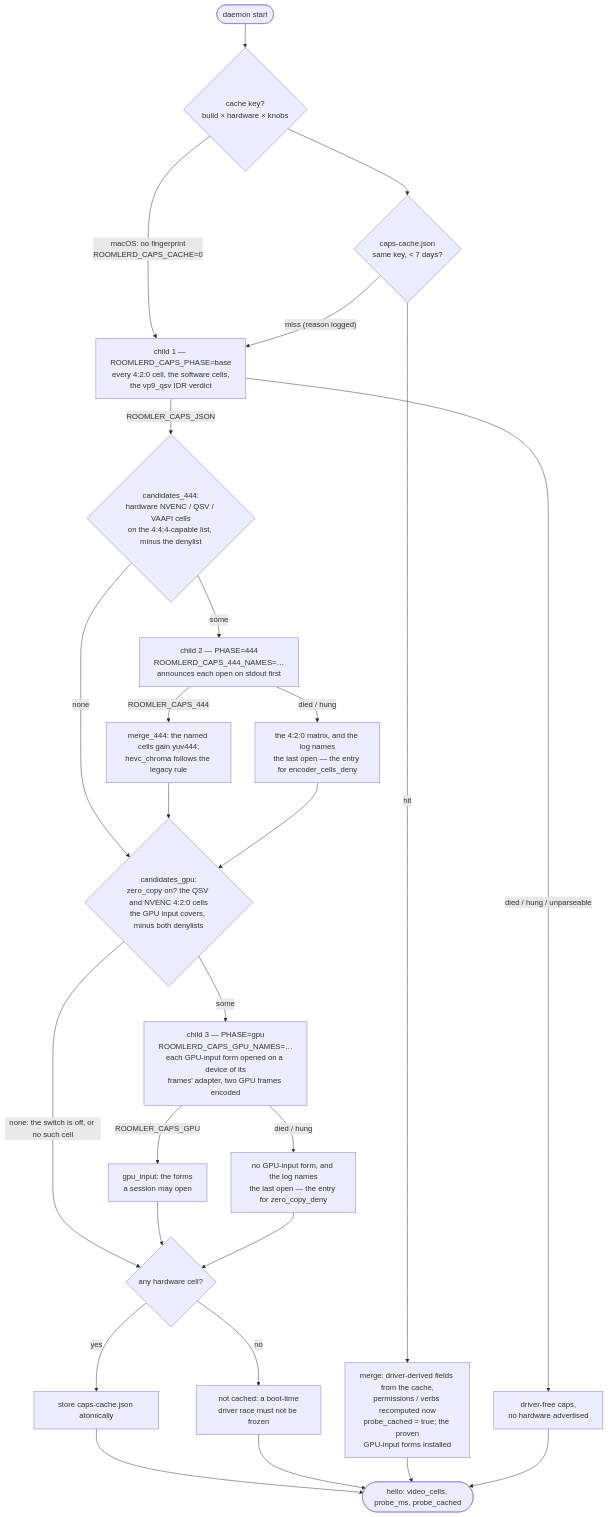
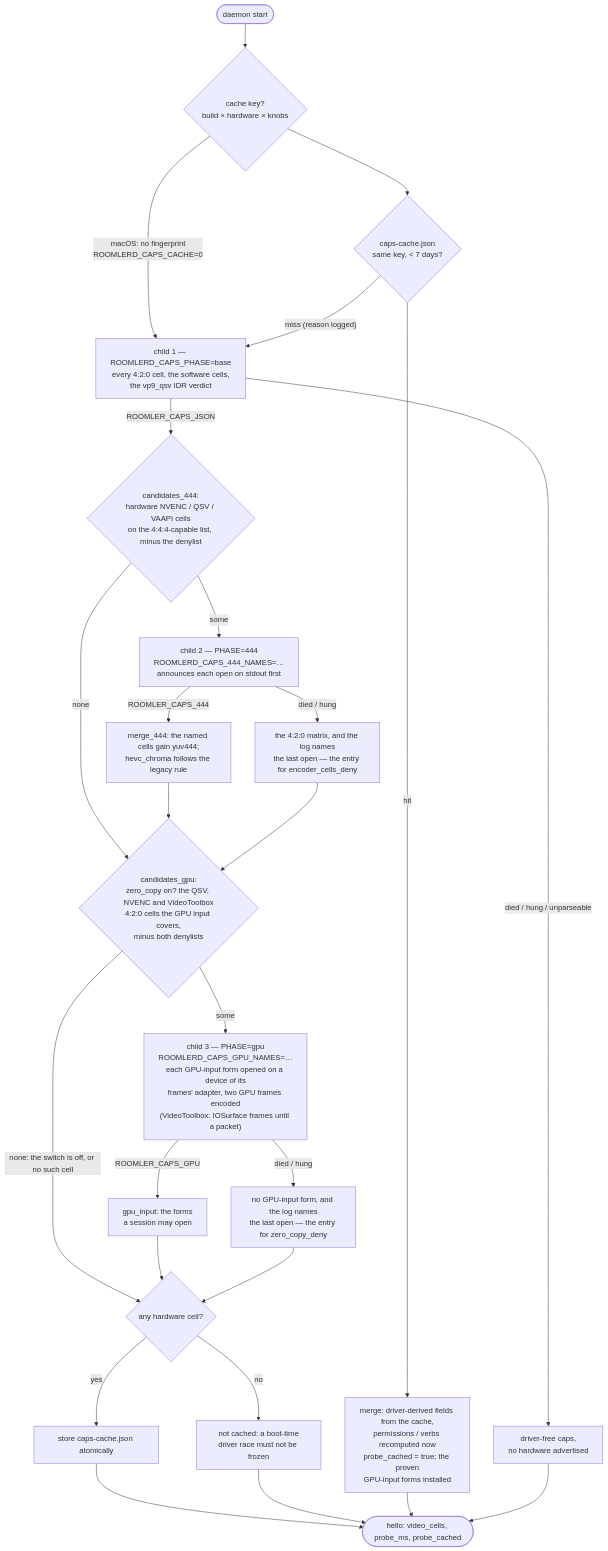
One commit to gjovanov/roomler-ai changed the third of 9 diagrams in docs/encoders.md. Above: the diagram before and after it, drawn with Mermaid. The commit also changed other lines of this file and 41 other files, not shown here.

````diff
--- a/docs/encoders.md
+++ b/docs/encoders.md
@@ -192,29 +192,29 @@
 ```mermaid
 flowchart TD
     S([daemon start]) --> K{cache key?<br/>build × hardware × knobs}
     K -- "macOS: no fingerprint<br/>ROOMLERD_CAPS_CACHE=0" --> B
     K --> L{caps-cache.json<br/>same key, < 7 days?}
     L -- hit --> M[merge: driver-derived fields from the cache,<br/>permissions / verbs recomputed now<br/>probe_cached = true; the proven<br/>GPU-input forms installed]
     L -- "miss (reason logged)" --> B["child 1 — ROOMLERD_CAPS_PHASE=base<br/>every 4:2:0 cell, the software cells,<br/>the vp9_qsv IDR verdict"]
     B -- "died / hung / unparseable" --> F[driver-free caps,<br/>no hardware advertised]
     B -- ROOMLER_CAPS_JSON --> C{candidates_444:<br/>hardware NVENC / QSV / VAAPI cells<br/>on the 4:4:4-capable list, minus the denylist}
     C -- none --> P
     C -- some --> T["child 2 — PHASE=444<br/>ROOMLERD_CAPS_444_NAMES=…<br/>announces each open on stdout first"]
     T -- ROOMLER_CAPS_444 --> G[merge_444: the named cells gain yuv444;<br/>hevc_chroma follows the legacy rule]
     T -- "died / hung" --> H2["the 4:2:0 matrix, and the log names<br/>the last open — the entry for encoder_cells_deny"]
     G --> P
     H2 --> P
-    P{candidates_gpu:<br/>zero_copy on? the QSV and NVENC 4:2:0 cells<br/>the GPU input covers, minus both denylists}
+    P{candidates_gpu:<br/>zero_copy on? the QSV, NVENC and VideoToolbox<br/>4:2:0 cells the GPU input covers,<br/>minus both denylists}
     P -- "none: the switch is off, or no such cell" --> W
-    P -- some --> U["child 3 — PHASE=gpu<br/>ROOMLERD_CAPS_GPU_NAMES=…<br/>each GPU-input form opened on a device of its<br/>frames' adapter, two GPU frames encoded"]
+    P -- some --> U["child 3 — PHASE=gpu<br/>ROOMLERD_CAPS_GPU_NAMES=…<br/>each GPU-input form opened on a device of its<br/>frames' adapter, two GPU frames encoded<br/>(VideoToolbox: IOSurface frames until a packet)"]
     U -- ROOMLER_CAPS_GPU --> V[gpu_input: the forms<br/>a session may open]
     U -- "died / hung" --> V2["no GPU-input form, and the log names<br/>the last open — the entry for zero_copy_deny"]
     V --> W{any hardware cell?}
     V2 --> W
     W -- yes --> ST[store caps-cache.json atomically]
     W -- no --> N[not cached: a boot-time<br/>driver race must not be frozen]
     ST --> H([hello: video_cells, probe_ms, probe_cached])
     N --> H
     M --> H
     F --> H
 ```
````
